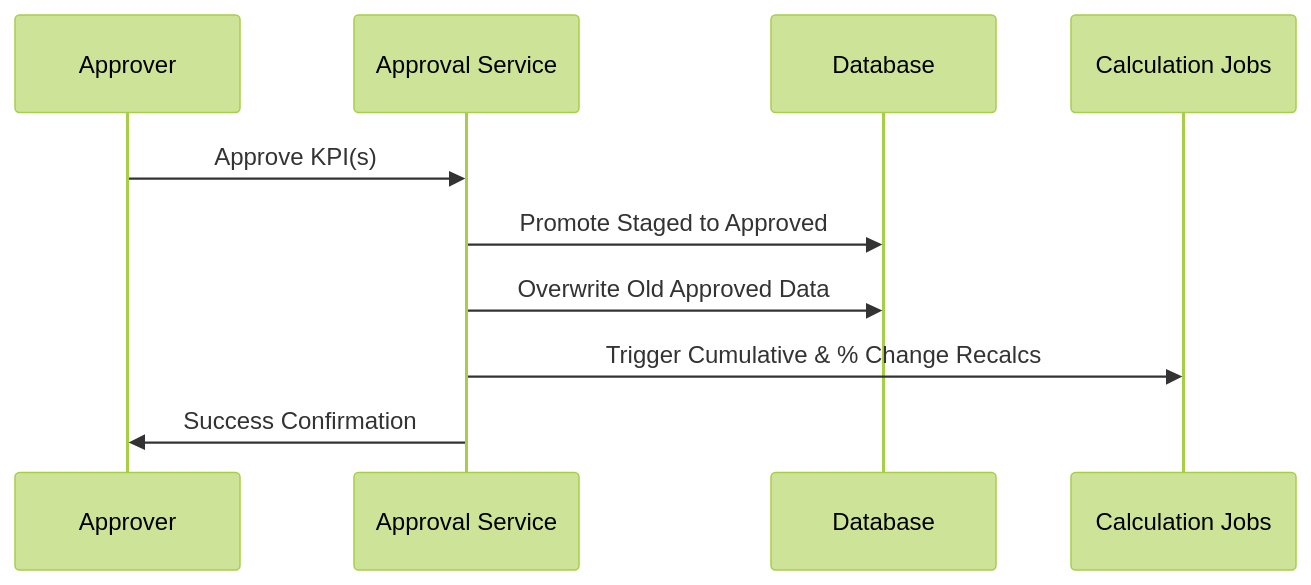
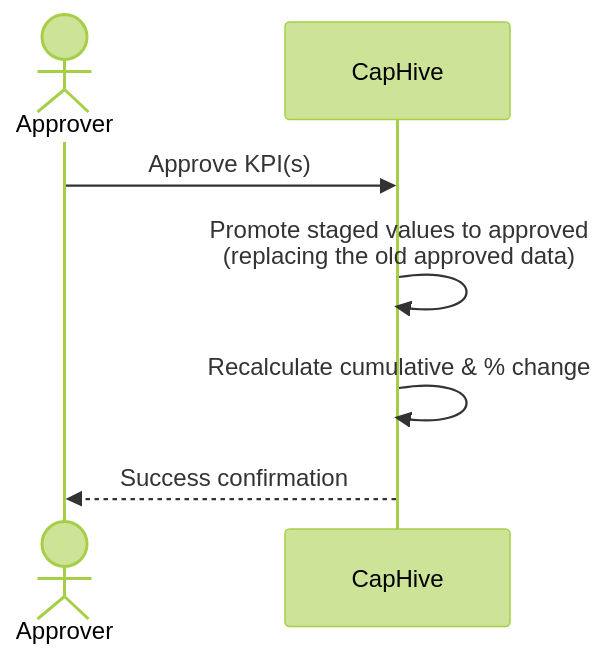
One commit to sampadadiwan/IRM_CompanyMain changed the fifth of 5 diagrams in docs/user_guides/kpi_upload_user_guide.md. Above: the diagram before and after it, drawn with Mermaid (forest theme). The commit also changed other lines of this file and 21 other files, not shown here.

````diff
--- a/docs/user_guides/kpi_upload_user_guide.md
+++ b/docs/user_guides/kpi_upload_user_guide.md
@@ -181,13 +150,10 @@
 ```mermaid
 sequenceDiagram
-    participant A as Approver
-    participant S as Approval Service
-    participant DB as Database
-    participant J as Calculation Jobs
+    actor A as Approver
+    participant System as CapHive
 
-    A->>S: Approve KPI(s)
-    S->>DB: Promote Staged to Approved
-    S->>DB: Overwrite Old Approved Data
-    S->>J: Trigger Cumulative & % Change Recalcs
-    S->>A: Success Confirmation
+    A->>System: Approve KPI(s)
+    System->>System: Promote staged values to approved<br/>(replacing the old approved data)
+    System->>System: Recalculate cumulative & % change
+    System-->>A: Success confirmation
 ```
````
